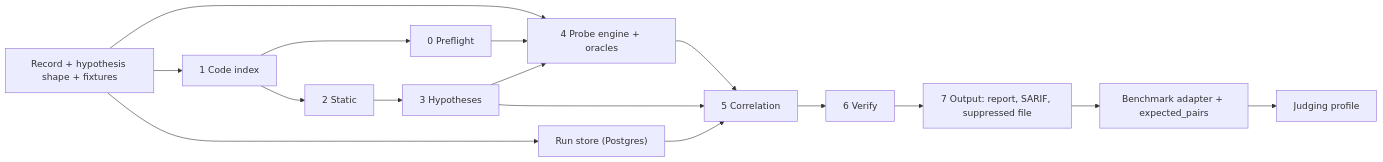
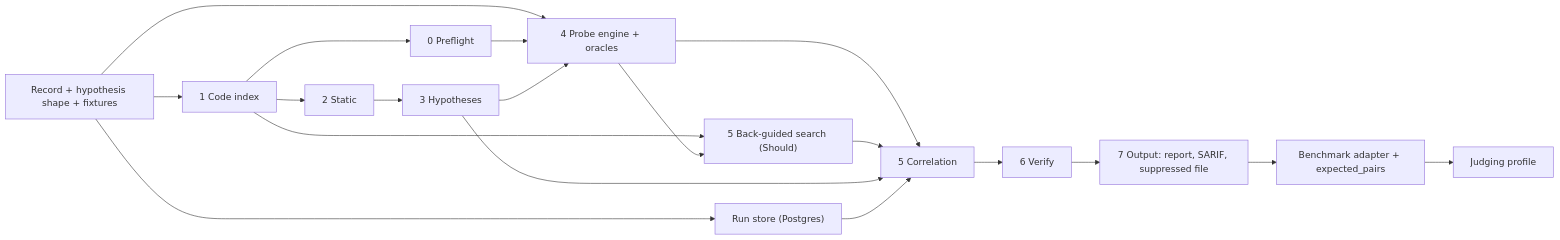
The diagram in docs/implementation-plan.md (ROHITH-KUMAR-L/elenchus), drawn with Mermaid before and after one commit. The commit also changed other lines of this file and 4 other files, not shown here.

````diff
--- a/docs/implementation-plan.md
+++ b/docs/implementation-plan.md
@@ -120,19 +128,22 @@
 ```mermaid
 flowchart LR
     contract["Record + hypothesis shape + fixtures"]
     contract --> idx["1 Code index"]
     idx --> sta["2 Static"]
     sta --> hyp["3 Hypotheses"]
     idx --> pre["0 Preflight"]
     contract --> probe["4 Probe engine + oracles"]
     pre --> probe
     hyp --> probe
     contract --> store["Run store (Postgres)"]
     probe --> corr["5 Correlation"]
+    idx --> bg["5 Back-guided search (Should)"]
+    probe --> bg
+    bg --> corr
     hyp --> corr
     store --> corr
     corr --> ver["6 Verify"]
     ver --> out["7 Output: report, SARIF, suppressed file"]
     out --> bench["Benchmark adapter + expected_pairs"]
     bench --> judge["Judging profile"]
 ```
````
